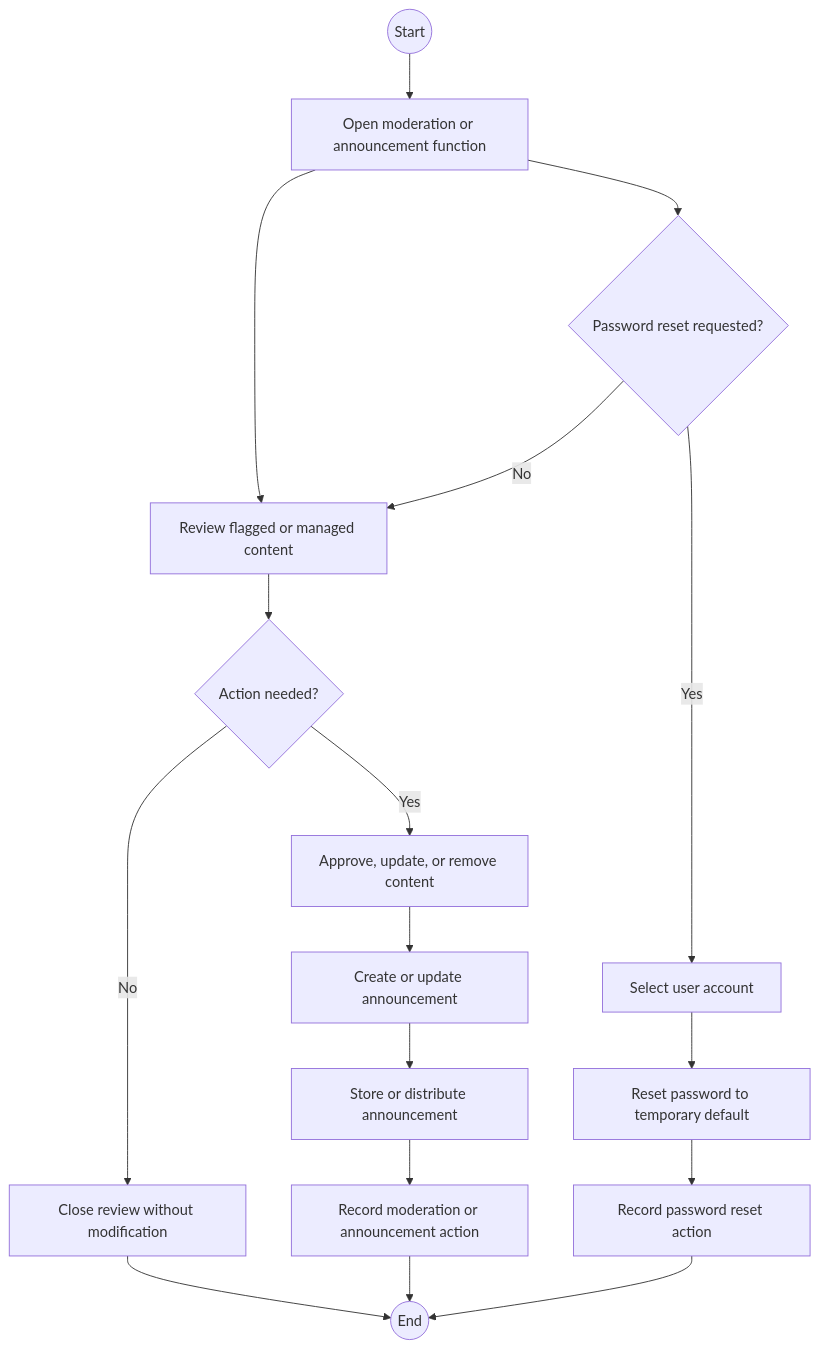
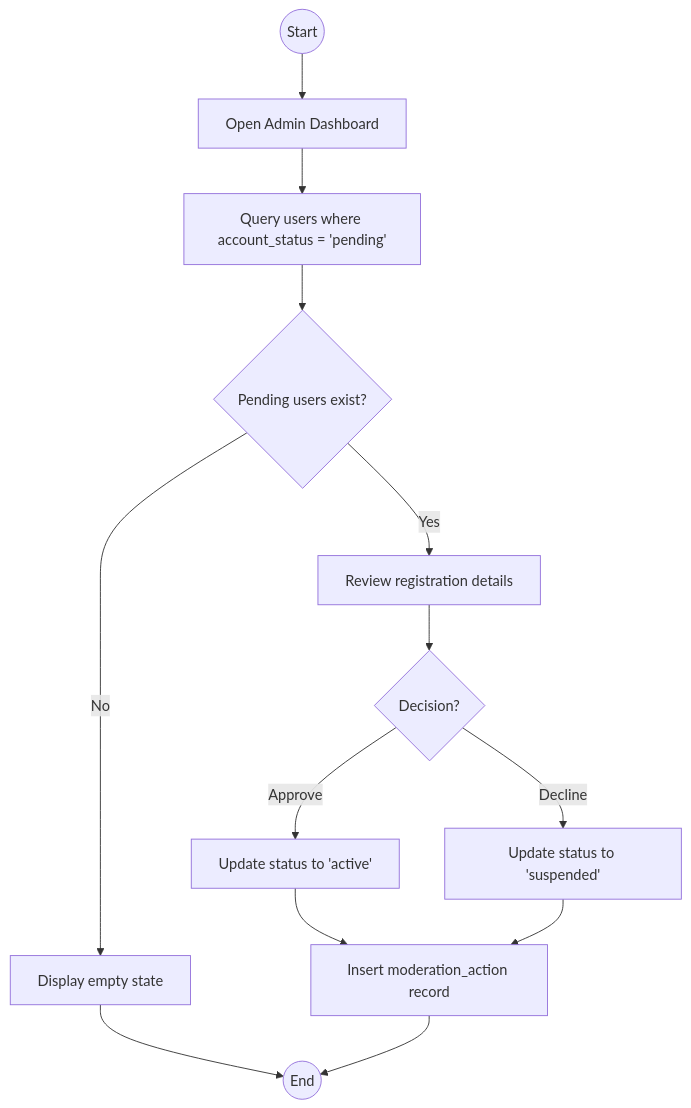
Before and after one commit to wingkit123/QuestLearn: diagram 15 of 15 in part-i/Use-Cases.md, drawn with Mermaid. The commit also changed other lines of this file and 2 other files, not shown here.

Commit message:
docs: holistic consistency audit updates for Admin, Advisor, and Instructor actors

````diff
--- a/part-i/Use-Cases.md
+++ b/part-i/Use-Cases.md
@@ -554,19 +554,15 @@
 ```mermaid
 flowchart TD
-    A((Start)) --> B[Open moderation or announcement function]
-    B --> C[Review flagged or managed content]
-    C --> D{Action needed?}
-    D -- No --> E[Close review without modification]
+    A((Start)) --> B[Open Admin Dashboard]
+    B --> C[Query users where account_status = 'pending']
+    C --> D{Pending users exist?}
+    D -- No --> E[Display empty state]
     E --> Z((End))
-    D -- Yes --> F[Approve, update, or remove content]
-    F --> G[Create or update announcement]
-    G --> H[Store or distribute announcement]
-    H --> I[Record moderation or announcement action]
-    I --> Z
-    B --> J{Password reset requested?}
-    J -- No --> C
-    J -- Yes --> K[Select user account]
-    K --> L[Reset password to temporary default]
-    L --> M[Record password reset action]
-    M --> Z
+    D -- Yes --> F[Review registration details]
+    F --> G{Decision?}
+    G -- Approve --> H[Update status to 'active']
+    G -- Decline --> I[Update status to 'suspended']
+    H --> J[Insert moderation_action record]
+    I --> J
+    J --> Z
 ```
````
